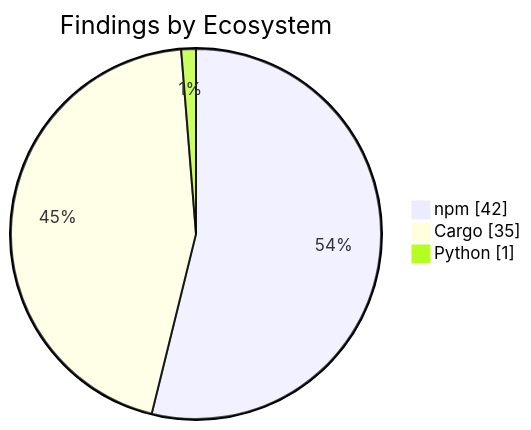
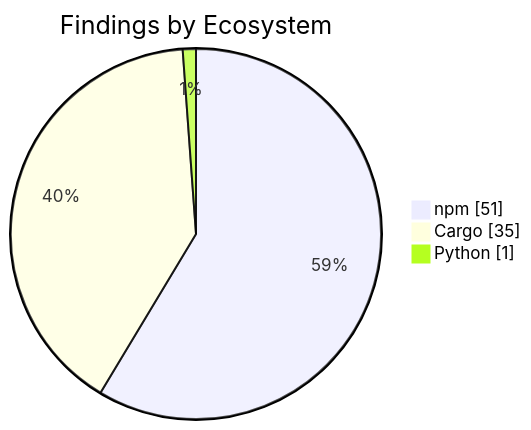
Before and after one commit to KBVE/kbve: the second of 2 diagrams in apps/kbve/astro-kbve/src/content/docs/dashboard/security.mdx, drawn with Mermaid. The commit also changed other lines of this file and 8 other files, not shown here.

````diff
--- a/apps/kbve/astro-kbve/src/content/docs/dashboard/security.mdx
+++ b/apps/kbve/astro-kbve/src/content/docs/dashboard/security.mdx
@@ -73,7 +73,7 @@
 ```mermaid
 pie showData
     title Findings by Ecosystem
-    "npm" : 42
+    "npm" : 51
     "Cargo" : 35
     "Python" : 1
 ```
````
